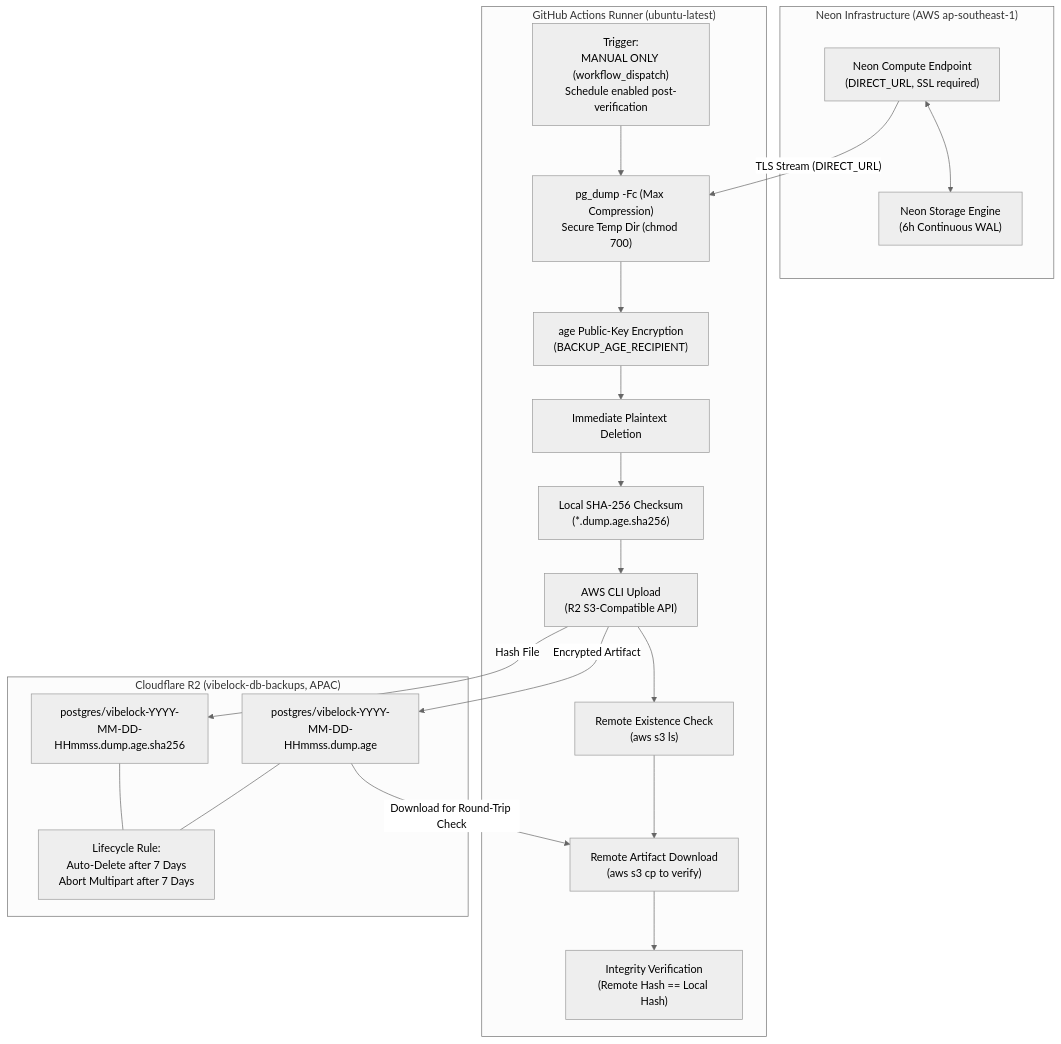
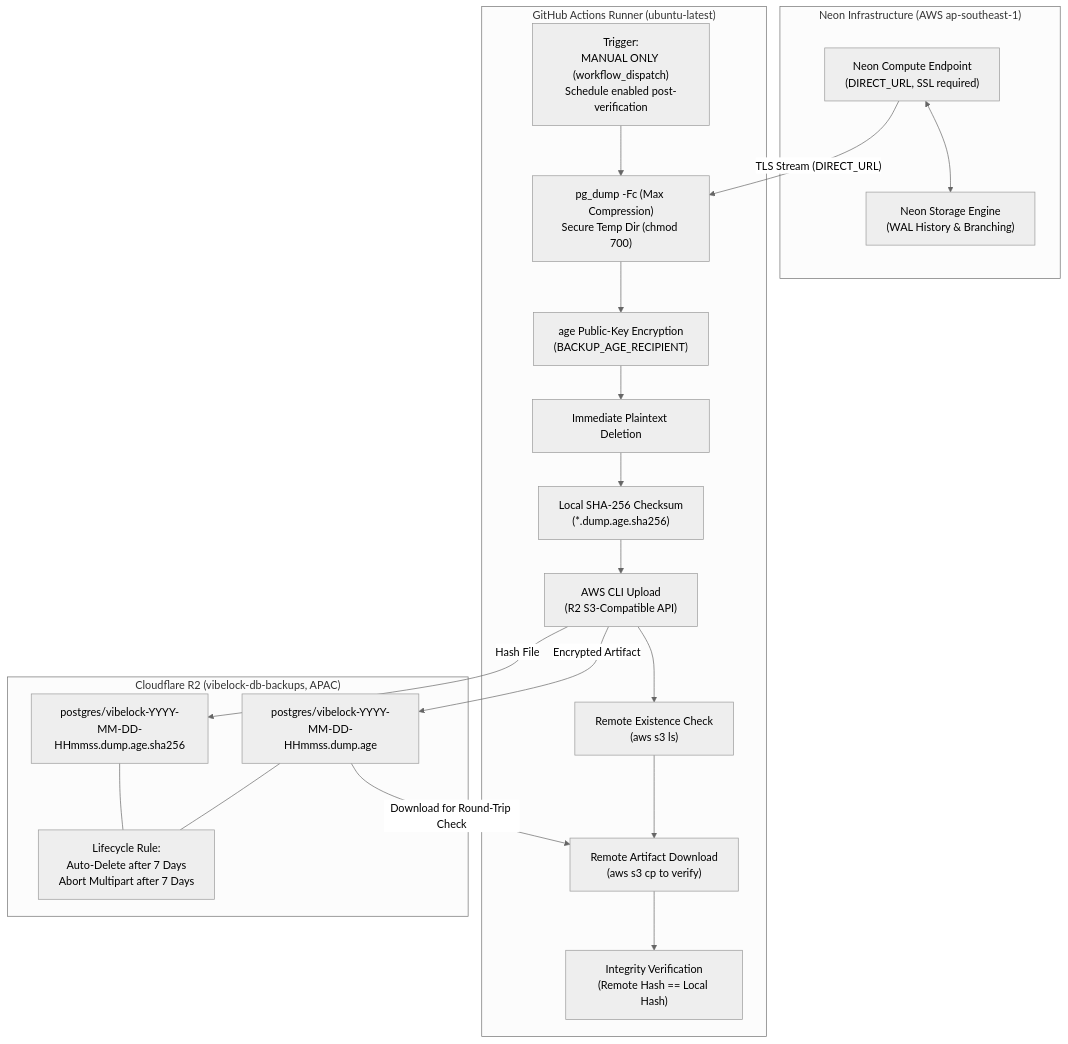
The first of 2 diagrams in docs/backup-disaster-recovery.md (saddaulsiam/vibelock-web), drawn with Mermaid (neutral theme) before and after one commit. The commit also changed other lines of this file, not shown here.

````diff
--- a/docs/backup-disaster-recovery.md
+++ b/docs/backup-disaster-recovery.md
@@ -43,35 +43,35 @@
 ```mermaid
 flowchart TD
     subgraph Neon["Neon Infrastructure (AWS ap-southeast-1)"]
         Compute["Neon Compute Endpoint\n(DIRECT_URL, SSL required)"]
-        Storage["Neon Storage Engine\n(6h Continuous WAL)"]
+        Storage["Neon Storage Engine\n(WAL History & Branching)"]
         Compute <--> Storage
     end
 
     subgraph GHA["GitHub Actions Runner (ubuntu-latest)"]
         Trigger["Trigger:\nMANUAL ONLY (workflow_dispatch)\nSchedule enabled post-verification"]
         Dump["pg_dump -Fc (Max Compression)\nSecure Temp Dir (chmod 700)"]
         Encrypt["age Public-Key Encryption\n(BACKUP_AGE_RECIPIENT)"]
         Purge["Immediate Plaintext Deletion"]
         Checksum["Local SHA-256 Checksum\n(*.dump.age.sha256)"]
         Upload["AWS CLI Upload\n(R2 S3-Compatible API)"]
         VerifyRemote["Remote Existence Check\n(aws s3 ls)"]
         DownloadVerify["Remote Artifact Download\n(aws s3 cp to verify)"]
         CompareChecksum["Integrity Verification\n(Remote Hash == Local Hash)"]
 
         Trigger --> Dump --> Encrypt --> Purge --> Checksum --> Upload --> VerifyRemote --> DownloadVerify --> CompareChecksum
     end
 
     subgraph R2["Cloudflare R2 (vibelock-db-backups, APAC)"]
         DumpObj["postgres/vibelock-YYYY-MM-DD-HHmmss.dump.age"]
         HashObj["postgres/vibelock-YYYY-MM-DD-HHmmss.dump.age.sha256"]
         Lifecycle["Lifecycle Rule:\nAuto-Delete after 7 Days\nAbort Multipart after 7 Days"]
         DumpObj --- Lifecycle
         HashObj --- Lifecycle
     end
 
     Compute -->|"TLS Stream (DIRECT_URL)"| Dump
     Upload -->|"Encrypted Artifact"| DumpObj
     Upload -->|"Hash File"| HashObj
     DumpObj -->|"Download for Round-Trip Check"| DownloadVerify
 ```
````
